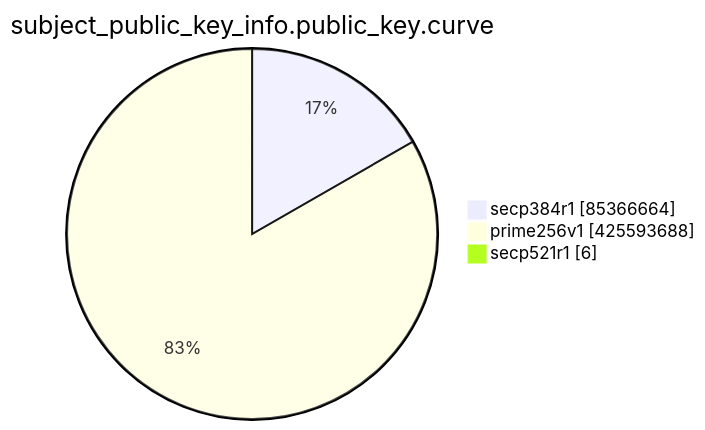
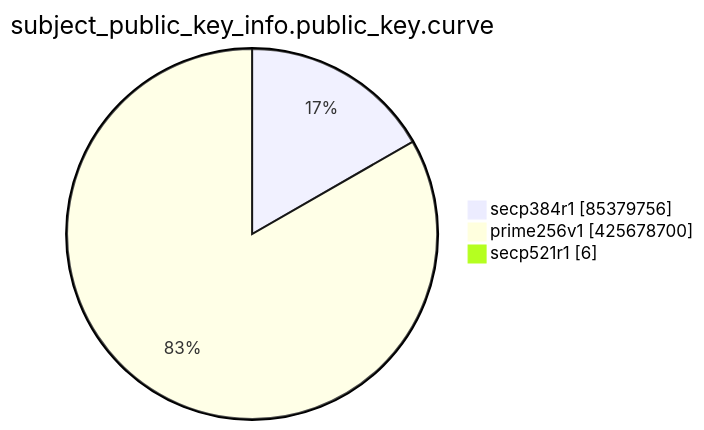
One commit to christiankrug/ctmonitor_visualization changed the eighth of 15 diagrams in TOTAL/README.md. Above: the diagram before and after it, drawn with Mermaid. The commit also changed other lines of this file, not shown here.

````diff
--- a/TOTAL/README.md
+++ b/TOTAL/README.md
@@ -3100,7 +3100,7 @@
 ```mermaid
 pie showData
 title subject_public_key_info.public_key.curve
-"secp384r1" :85366664
-"prime256v1" :425593688
+"secp384r1" :85379756
+"prime256v1" :425678700
 "secp521r1" :6
 ```
````
